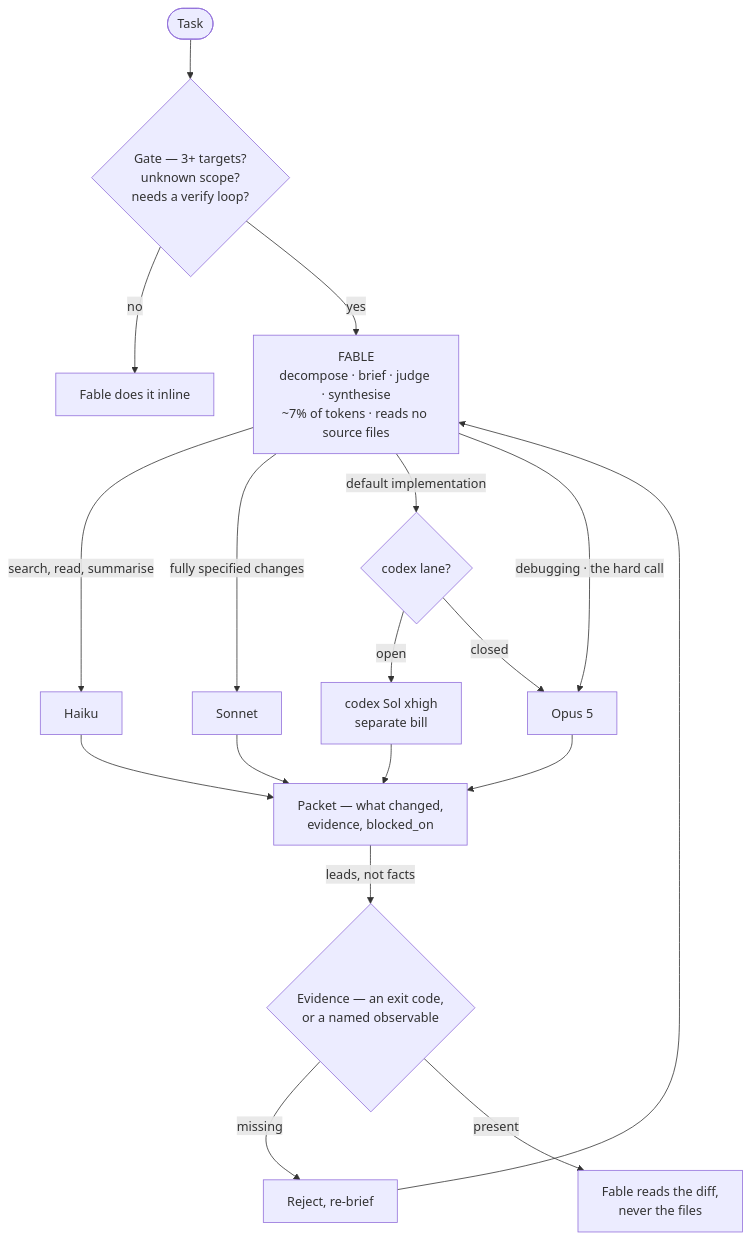
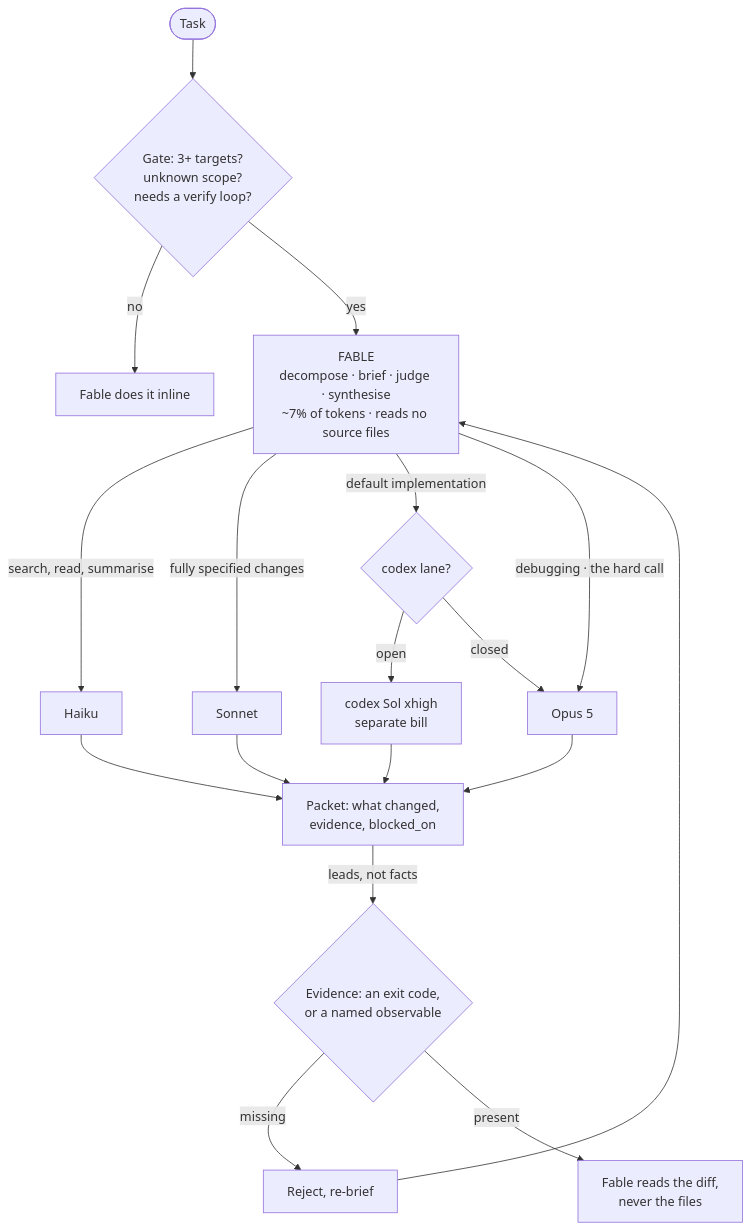
Before and after one commit to guillezorrilla/skills: the diagram in skills/engineering/efficient-fable/README.md, drawn with Mermaid. The commit also changed other lines of this file and 43 other files, not shown here.

````diff
--- a/skills/engineering/efficient-fable/README.md
+++ b/skills/engineering/efficient-fable/README.md
@@ -5,23 +5,23 @@
 ```mermaid
 flowchart TD
-    U([Task]) --> G{"Gate — 3+ targets?<br/>unknown scope?<br/>needs a verify loop?"}
+    U([Task]) --> G{"Gate: 3+ targets?<br/>unknown scope?<br/>needs a verify loop?"}
     G -->|no| F0["Fable does it inline"]
     G -->|yes| F["FABLE<br/>decompose · brief · judge · synthesise<br/>~7% of tokens · reads no source files"]
 
     F -->|"search, read, summarise"| H["Haiku"]
     F -->|"fully specified changes"| S["Sonnet"]
     F -->|"default implementation"| X{"codex lane?"}
     F -->|"debugging · the hard call"| O["Opus 5"]
 
     X -->|open| C["codex Sol xhigh<br/>separate bill"]
     X -->|closed| O
 
-    H --> P["Packet — what changed,<br/>evidence, blocked_on"]
+    H --> P["Packet: what changed,<br/>evidence, blocked_on"]
     S --> P
     C --> P
     O --> P
-    P -->|"leads, not facts"| V{"Evidence — an exit code,<br/>or a named observable"}
+    P -->|"leads, not facts"| V{"Evidence: an exit code,<br/>or a named observable"}
     V -->|missing| R["Reject, re-brief"]
     V -->|present| D["Fable reads the diff,<br/>never the files"]
     R --> F
 ```
````
